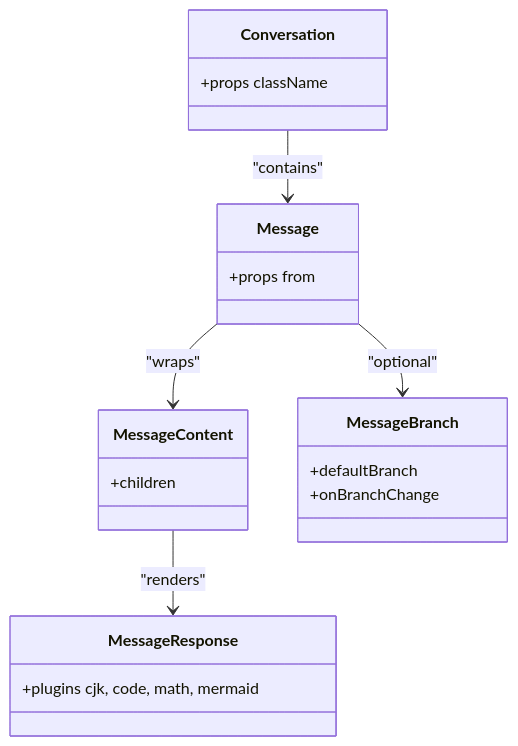
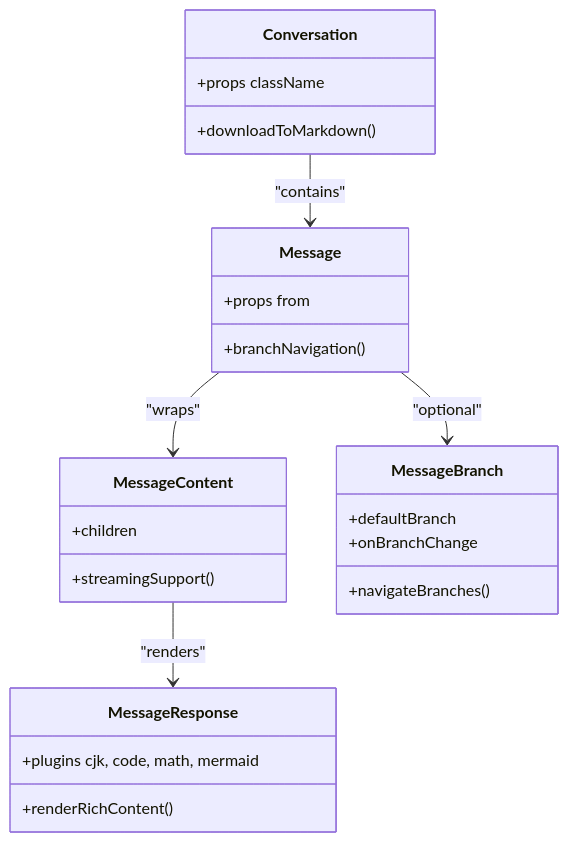
One commit to MudassarAbrar/FreshRoute-Ai changed the third of 8 diagrams in .qoder/repowiki/en/content/AI Integration/AI Elements Interface.md. Above: the diagram before and after it, drawn with Mermaid. The commit also changed other lines of this file and 105 other files, not shown here.

````diff
--- a/.qoder/repowiki/en/content/AI Integration/AI Elements Interface.md
+++ b/.qoder/repowiki/en/content/AI Integration/AI Elements Interface.md
@@ -181,23 +291,28 @@
 ```mermaid
 classDiagram
 class Conversation {
 +props className
++downloadToMarkdown()
 }
 class Message {
 +props from
++branchNavigation()
 }
 class MessageContent {
 +children
++streamingSupport()
 }
 class MessageResponse {
 +plugins cjk, code, math, mermaid
++renderRichContent()
 }
 class MessageBranch {
 +defaultBranch
 +onBranchChange
++navigateBranches()
 }
 Conversation --> Message : "contains"
 Message --> MessageContent : "wraps"
 MessageContent --> MessageResponse : "renders"
 Message --> MessageBranch : "optional"
 ```
````
